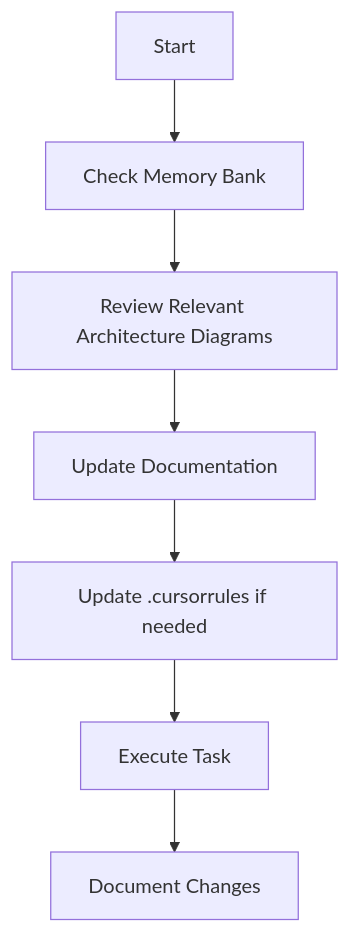
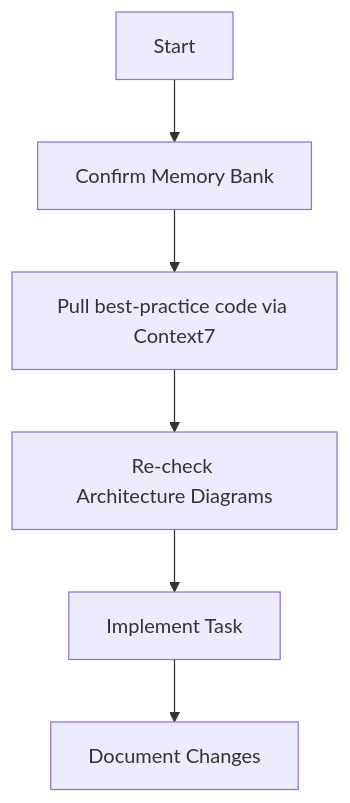
Before and after one commit to ChrisMcKee1/AI-Assisted-Coding: the third of 5 diagrams in memorybank.md, drawn with Mermaid. The commit also changed other lines of this file, not shown here.

Commit message:
Context7

````diff
--- a/memorybank.md
+++ b/memorybank.md
@@ -108,9 +81,8 @@
 ```mermaid
 flowchart TD
-    Start[Start] --> Context[Check Memory Bank]
-    Context --> ArchDiagrams[Review Relevant Architecture Diagrams]
-    ArchDiagrams --> Update[Update Documentation]
-    Update --> Rules[Update .cursorrules if needed]
-    Rules --> Execute[Execute Task]
-    Execute --> Document[Document Changes]
+    Start[Start] --> Context[Confirm Memory Bank]
+    Context --> Research[Pull best‑practice code via Context7]
+    Research --> Diagrams[Re‑check Architecture Diagrams]
+    Diagrams --> Execute[Implement Task]
+    Execute --> Doc[Document Changes]
 ```
````
